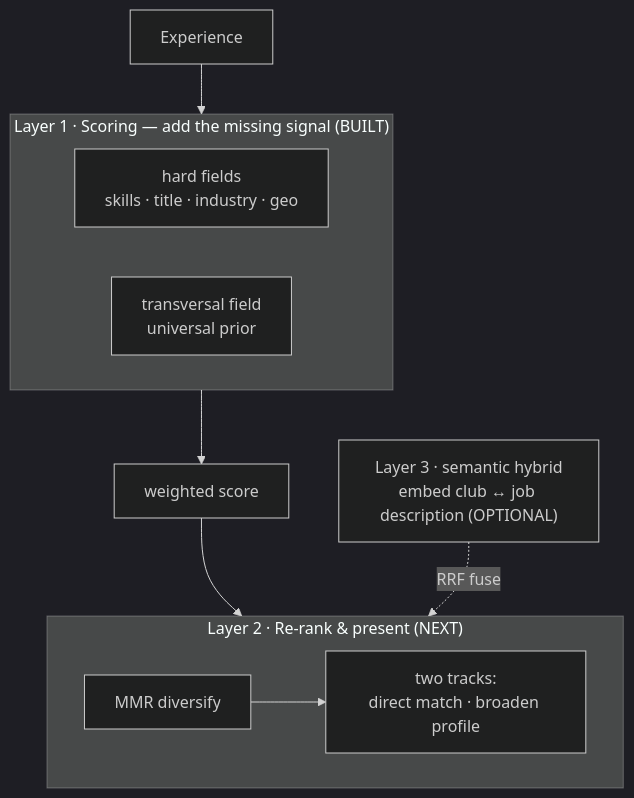
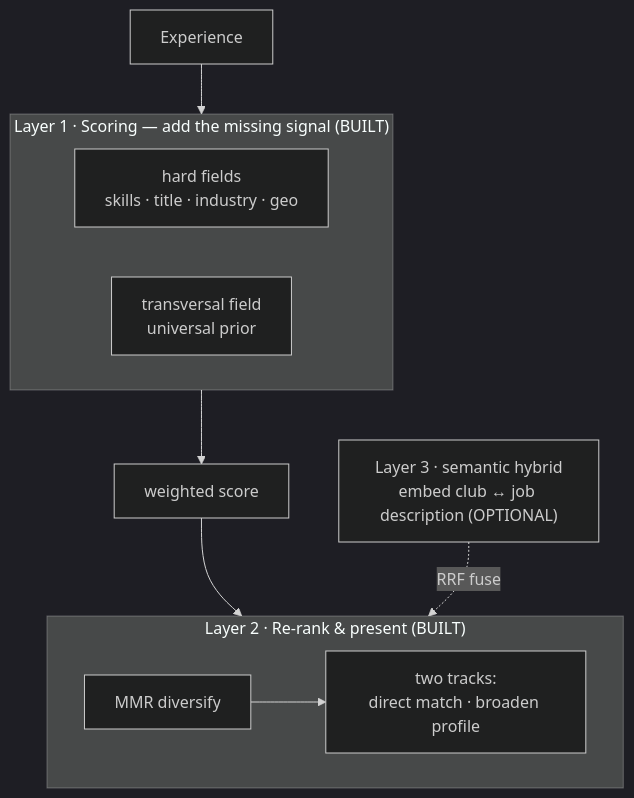
One commit to namitdeb739/career-detective changed the second of 2 diagrams in docs/diversity-and-transferable-skills.md. Above: the diagram before and after it, drawn with Mermaid (dark theme). The commit also changed other lines of this file and 4 other files, not shown here.

````diff
--- a/docs/diversity-and-transferable-skills.md
+++ b/docs/diversity-and-transferable-skills.md
@@ -41,19 +41,19 @@
 ```mermaid
 flowchart TB
     exp["Experience"] --> L1
 
     subgraph L1 ["Layer 1 · Scoring — add the missing signal (BUILT)"]
         direction LR
         hard["hard fields<br>skills · title · industry · geo"]
         soft["transversal field<br>universal prior"]
     end
     L1 --> total["weighted score"]
 
-    subgraph L2 ["Layer 2 · Re-rank & present (NEXT)"]
+    subgraph L2 ["Layer 2 · Re-rank & present (BUILT)"]
         direction LR
         mmr["MMR diversify"] --> two["two tracks:<br>direct match · broaden profile"]
     end
     total --> mmr
 
     sem["Layer 3 · semantic hybrid<br>embed club ↔ job description (OPTIONAL)"] -. RRF fuse .-> mmr
 ```
````
